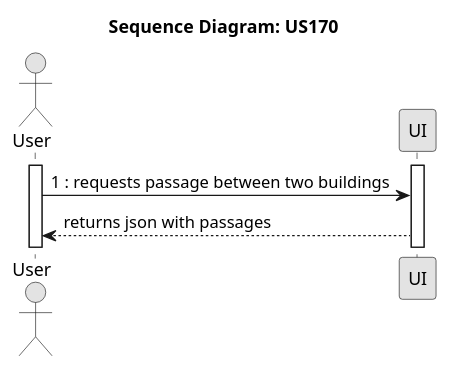
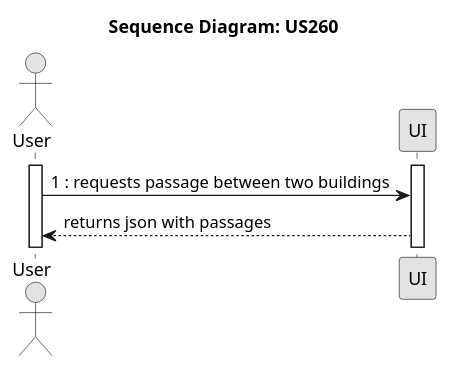
Before and after one commit to 1211134PedroViana/SEM_PI_23-24_G14: the diagram in documentation/sprintA/us260/Level 1/US260.puml, drawn with PlantUML.

Commit message:
#12 - Fix Documentation.

```diff
--- a/documentation/sprintA/us260/Level 1/US260.puml
+++ b/documentation/sprintA/us260/Level 1/US260.puml
@@ -1,17 +1,17 @@
 @startuml
 skinparam Monochrome true
 skinparam PackageStyle rectangle
 skinparam Shadowing false
 
-title Sequence Diagram: US170
+title Sequence Diagram: US260
 
 actor "User" as User
 participant "UI" as UI
 
 activate User
 activate UI
 User -> UI : 1 : requests passage between two buildings
 UI --> User : returns json with passages
 
 
 @enduml
```
